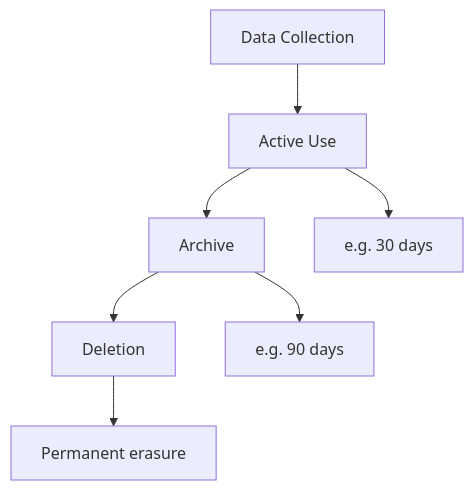
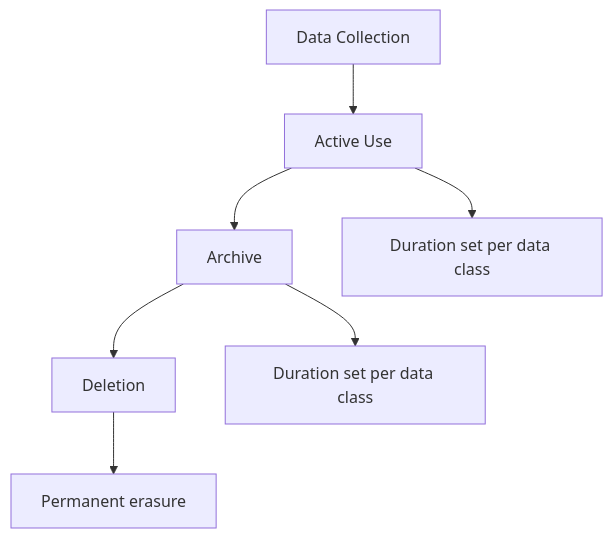
Before and after one commit to radra23/scryops-site: the third of 4 diagrams in content/guides/telemetry-compliance-and-data-rights.md, drawn with Mermaid. The commit also changed other lines of this file and 2 other files, not shown here.

First line of the commit message:
content: fix GDPR accuracy gaps in telemetry-compliance-and-data-rights.md

```diff
--- a/content/guides/telemetry-compliance-and-data-rights.md
+++ b/content/guides/telemetry-compliance-and-data-rights.md
@@ -84,9 +94,9 @@
 {{< mermaid >}}
 graph TD
     A[Data Collection] --> B[Active Use]
     B --> C[Archive]
     C --> D[Deletion]
-    B --> E[e.g. 30 days]
-    C --> F[e.g. 90 days]
+    B --> E[Duration set per data class]
+    C --> F[Duration set per data class]
     D --> G[Permanent erasure]
 {{< /mermaid >}}
```
